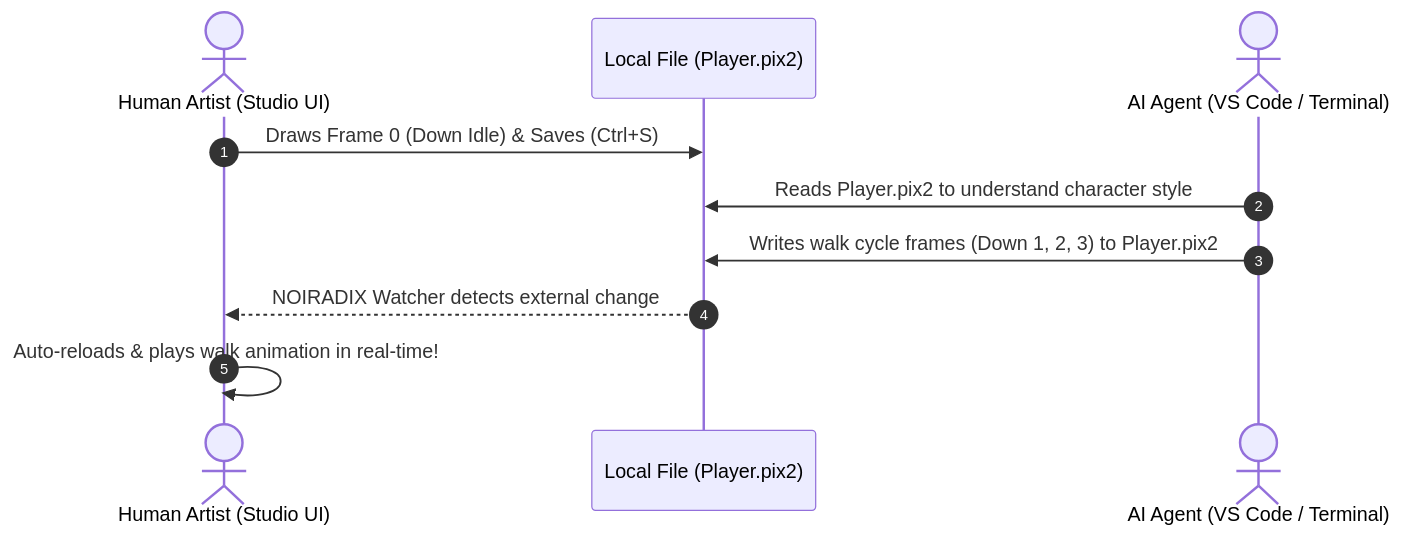
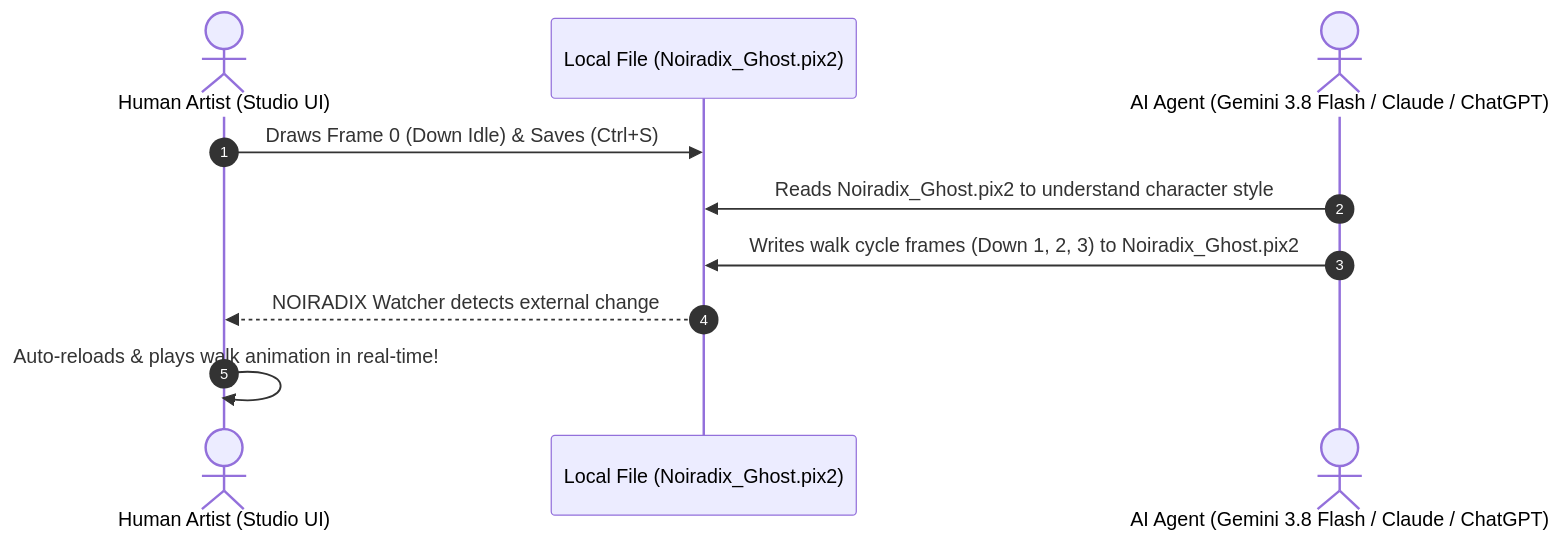
One commit to dotlinux26/noiradix-studio changed the diagram in docs/PIX2/PIX2_AI_AUTHORING_GUIDE.md. Above: the diagram before and after it, drawn with Mermaid. The commit also changed other lines of this file and 11 other files, not shown here.

Commit message:
docs: add Hand tool shortcut (H), highlight Gemini 3.8 Flash authored mascot, and sync entire doc suite

````diff
--- a/docs/PIX2/PIX2_AI_AUTHORING_GUIDE.md
+++ b/docs/PIX2/PIX2_AI_AUTHORING_GUIDE.md
@@ -193,13 +193,13 @@
 ```mermaid
 sequenceDiagram
     autonumber
     actor Artist as Human Artist (Studio UI)
-    participant Disk as Local File (Player.pix2)
-    actor AI as AI Agent (VS Code / Terminal)
+    participant Disk as Local File (Noiradix_Ghost.pix2)
+    actor AI as AI Agent (Gemini 3.8 Flash / Claude / ChatGPT)
 
     Artist->>Disk: Draws Frame 0 (Down Idle) & Saves (Ctrl+S)
-    AI->>Disk: Reads Player.pix2 to understand character style
-    AI->>Disk: Writes walk cycle frames (Down 1, 2, 3) to Player.pix2
+    AI->>Disk: Reads Noiradix_Ghost.pix2 to understand character style
+    AI->>Disk: Writes walk cycle frames (Down 1, 2, 3) to Noiradix_Ghost.pix2
     Disk-->>Artist: NOIRADIX Watcher detects external change
     Artist->>Artist: Auto-reloads & plays walk animation in real-time!
 ```
````
